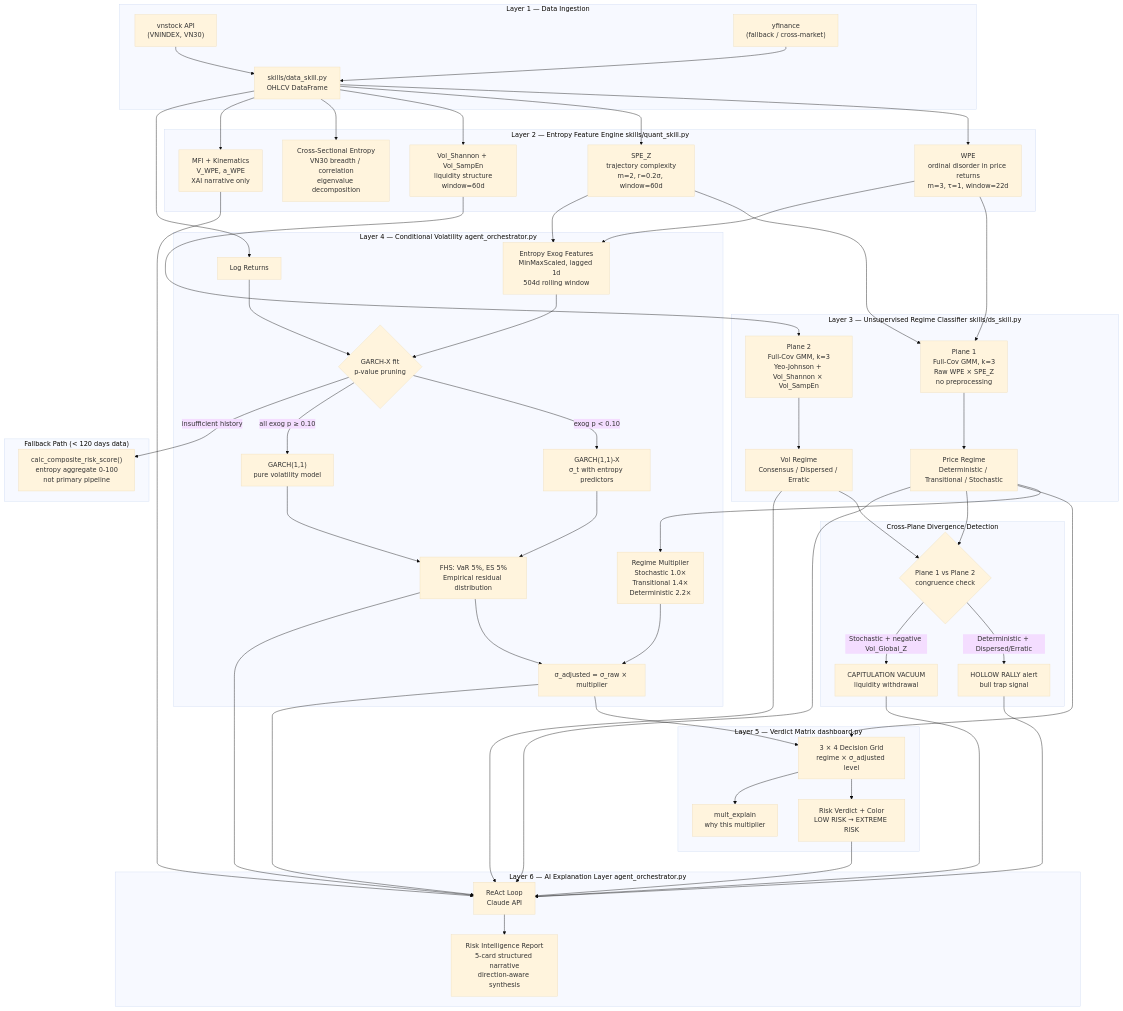
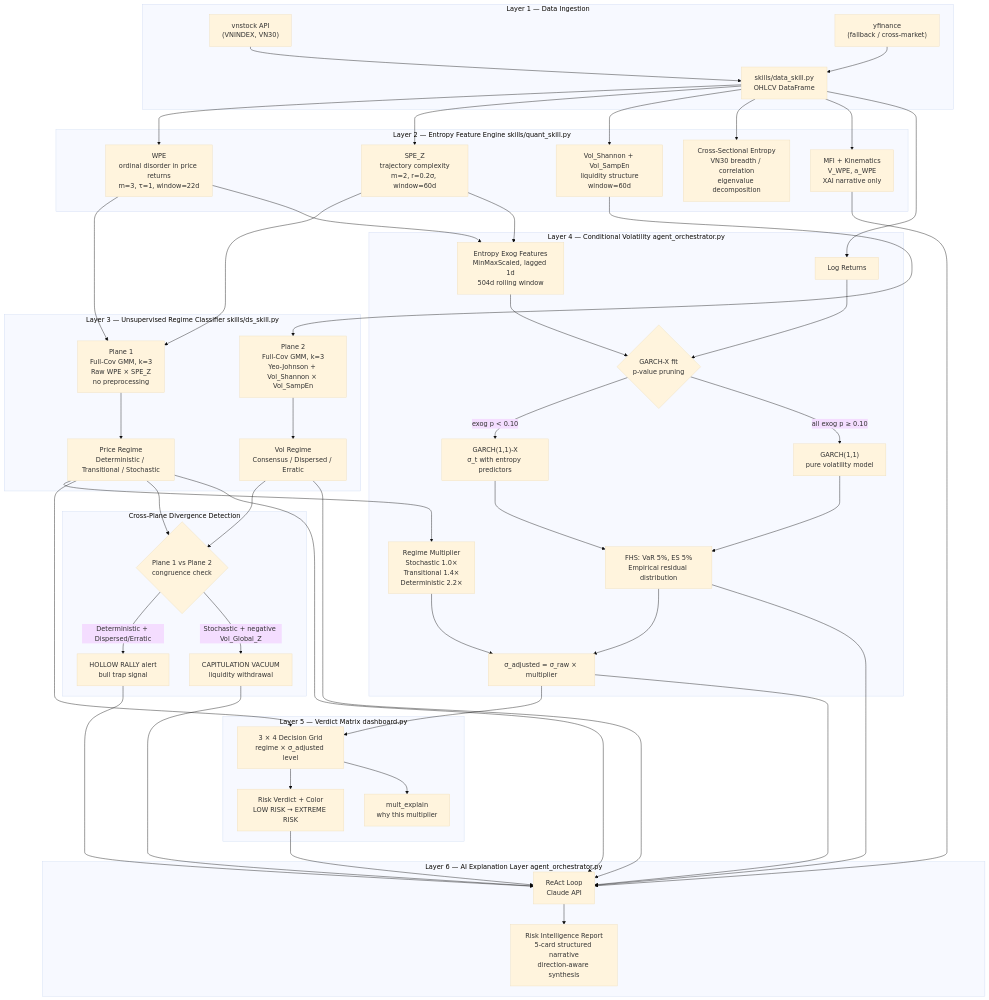
The diagram in architecture.md (223hoangthai35/entropy-paradox-research), drawn with Mermaid (base theme) before and after one commit. The commit also changed other lines of this file and 6 other files, not shown here.

First line of the commit message:
feat(hysteresis): add Schmitt-trigger GMM wrapper + remove composite fallback

````diff
--- a/architecture.md
+++ b/architecture.md
@@ -55,70 +55,66 @@
 ```mermaid
 graph TD
     subgraph INPUT["Layer 1 — Data Ingestion"]
         A1["vnstock API\n(VNINDEX, VN30)"]
         A2["yfinance\n(fallback / cross-market)"]
         A1 --> B["skills/data_skill.py\nOHLCV DataFrame"]
         A2 --> B
     end
 
     subgraph FEATURES["Layer 2 — Entropy Feature Engine  skills/quant_skill.py"]
         B --> C1["WPE\nordinal disorder in price returns\nm=3, τ=1, window=22d"]
         B --> C2["SPE_Z\ntrajectory complexity\nm=2, r=0.2σ, window=60d"]
         B --> C3["Vol_Shannon + Vol_SampEn\nliquidity structure\nwindow=60d"]
         B --> C4["Cross-Sectional Entropy\nVN30 breadth / correlation\neigenvalue decomposition"]
         B --> C5["MFI + Kinematics\nV_WPE, a_WPE\nXAI narrative only"]
     end
 
     subgraph CLASSIFY["Layer 3 — Unsupervised Regime Classifier  skills/ds_skill.py"]
         C1 --> D1["Plane 1\nFull-Cov GMM, k=3\nRaw WPE × SPE_Z\nno preprocessing"]
         C2 --> D1
         C3 --> D2["Plane 2\nFull-Cov GMM, k=3\nYeo-Johnson + Vol_Shannon × Vol_SampEn"]
         D1 --> D3["Price Regime\nDeterministic / Transitional / Stochastic"]
         D2 --> D4["Vol Regime\nConsensus / Dispersed / Erratic"]
     end
 
     subgraph GARCH_ENGINE["Layer 4 — Conditional Volatility  agent_orchestrator.py"]
         B --> E1["Log Returns"]
         C1 --> E2["Entropy Exog Features\nMinMaxScaled, lagged 1d\n504d rolling window"]
         C2 --> E2
         E1 --> E3{"GARCH-X fit\np-value pruning"}
         E2 --> E3
         E3 -->|"exog p < 0.10"| E4["GARCH(1,1)-X\nσ_t with entropy predictors"]
         E3 -->|"all exog p ≥ 0.10"| E5["GARCH(1,1)\npure volatility model"]
         E4 --> E6["FHS: VaR 5%, ES 5%\nEmpirical residual distribution"]
         E5 --> E6
         D3 --> E7["Regime Multiplier\nStochastic 1.0×\nTransitional 1.4×\nDeterministic 2.2×"]
         E6 --> E8["σ_adjusted = σ_raw × multiplier"]
         E7 --> E8
     end
 
-    subgraph FALLBACK["Fallback Path  (< 120 days data)"]
-        E3 -->|"insufficient history"| F1["calc_composite_risk_score()\nentropy aggregate 0-100\nnot primary pipeline"]
-    end
-
     subgraph VERDICT["Layer 5 — Verdict Matrix  dashboard.py"]
         E8 --> G1["3 × 4 Decision Grid\nregime × σ_adjusted level"]
         D3 --> G1
         G1 --> G2["Risk Verdict + Color\nLOW RISK → EXTREME RISK"]
         G1 --> G3["mult_explain\nwhy this multiplier"]
     end
 
     subgraph DIVERGENCE["Cross-Plane Divergence Detection"]
         D3 --> H1{"Plane 1 vs Plane 2\ncongruence check"}
         D4 --> H1
         H1 -->|"Deterministic + Dispersed/Erratic"| H2["HOLLOW RALLY alert\nbull trap signal"]
         H1 -->|"Stochastic + negative Vol_Global_Z"| H3["CAPITULATION VACUUM\nliquidity withdrawal"]
     end
 
     subgraph XAI["Layer 6 — AI Explanation Layer  agent_orchestrator.py"]
         E8 --> I1["ReAct Loop\nClaude API"]
         D3 --> I1
         D4 --> I1
         C5 --> I1
         E6 --> I1
         G2 --> I1
         H2 --> I1
         H3 --> I1
         I1 --> I2["Risk Intelligence Report\n5-card structured narrative\ndirection-aware synthesis"]
     end
 ```
````
